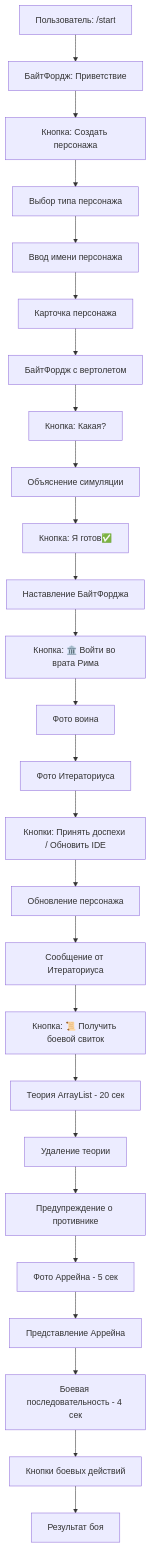
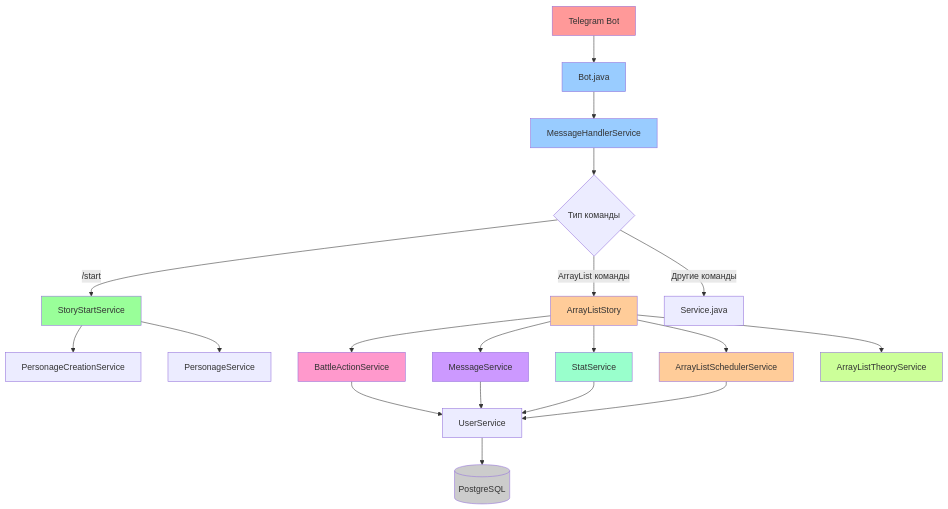
Before and after one commit to CodeHacker23/TG_BOT_PRAKTIKA_18_05_25: the first of 11 diagrams in STORY_DIAGRAMS.md, drawn with Mermaid. The commit also changed other lines of this file and 13 other files, not shown here.

````diff
--- a/STORY_DIAGRAMS.md
+++ b/STORY_DIAGRAMS.md
@@ -7,28 +21,38 @@
 ```mermaid
-flowchart TD
-    A[Пользователь: /start] --> B[БайтФордж: Приветствие]
-    B --> C[Кнопка: Создать персонажа]
-    C --> D[Выбор типа персонажа]
-    D --> E[Ввод имени персонажа]
-    E --> F[Карточка персонажа]
-    F --> G[БайтФордж с вертолетом]
-    G --> H[Кнопка: Какая?]
-    H --> I[Объяснение симуляции]
-    I --> J[Кнопка: Я готов✅]
-    J --> K[Наставление БайтФорджа]
-    K --> L[Кнопка: 🏛️ Войти во врата Рима]
-    L --> M[Фото воина]
-    M --> N[Фото Итераториуса]
-    N --> O[Кнопки: Принять доспехи / Обновить IDE]
-    O --> P[Обновление персонажа]
-    P --> Q[Сообщение от Итераториуса]
-    Q --> R[Кнопка: 📜 Получить боевой свиток]
-    R --> S[Теория ArrayList - 20 сек]
-    S --> T[Удаление теории]
-    T --> U[Предупреждение о противнике]
-    U --> V[Фото Аррейна - 5 сек]
-    V --> W[Представление Аррейна]
-    W --> X[Боевая последовательность - 4 сек]
-    X --> Y[Кнопки боевых действий]
-    Y --> Z[Результат боя]
+graph TB
+    A[Telegram Bot] --> B[Bot.java]
+    B --> C[MessageHandlerService]
+    C --> D{Тип команды}
+    
+    D -->|/start| E[StoryStartService]
+    D -->|ArrayList команды| F[ArrayListStory]
+    D -->|Другие команды| G[Service.java]
+    
+    E --> H[PersonageCreationService]
+    E --> I[PersonageService]
+    
+    F --> J[BattleActionService]
+    F --> K[MessageService]
+    F --> L[StatService]
+    F --> M[ArrayListSchedulerService]
+    F --> N[ArrayListTheoryService]
+    
+    J --> O[UserService]
+    K --> O
+    L --> O
+    M --> O
+    
+    O --> P[(PostgreSQL)]
+    
+    style A fill:#ff9999
+    style B fill:#99ccff
+    style C fill:#99ccff
+    style E fill:#99ff99
+    style F fill:#ffcc99
+    style J fill:#ff99cc
+    style K fill:#cc99ff
+    style L fill:#99ffcc
+    style M fill:#ffcc99
+    style N fill:#ccff99
+    style P fill:#cccccc
 ```
````
